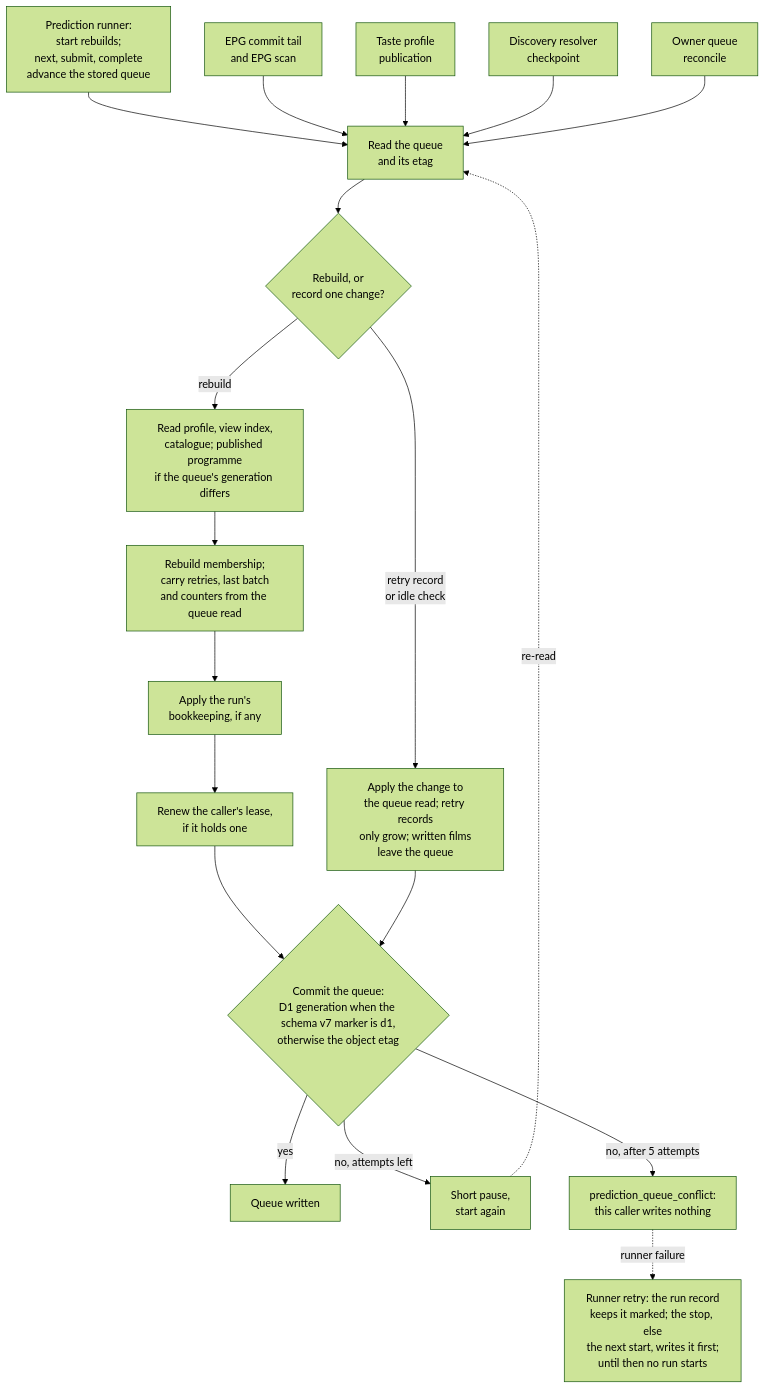
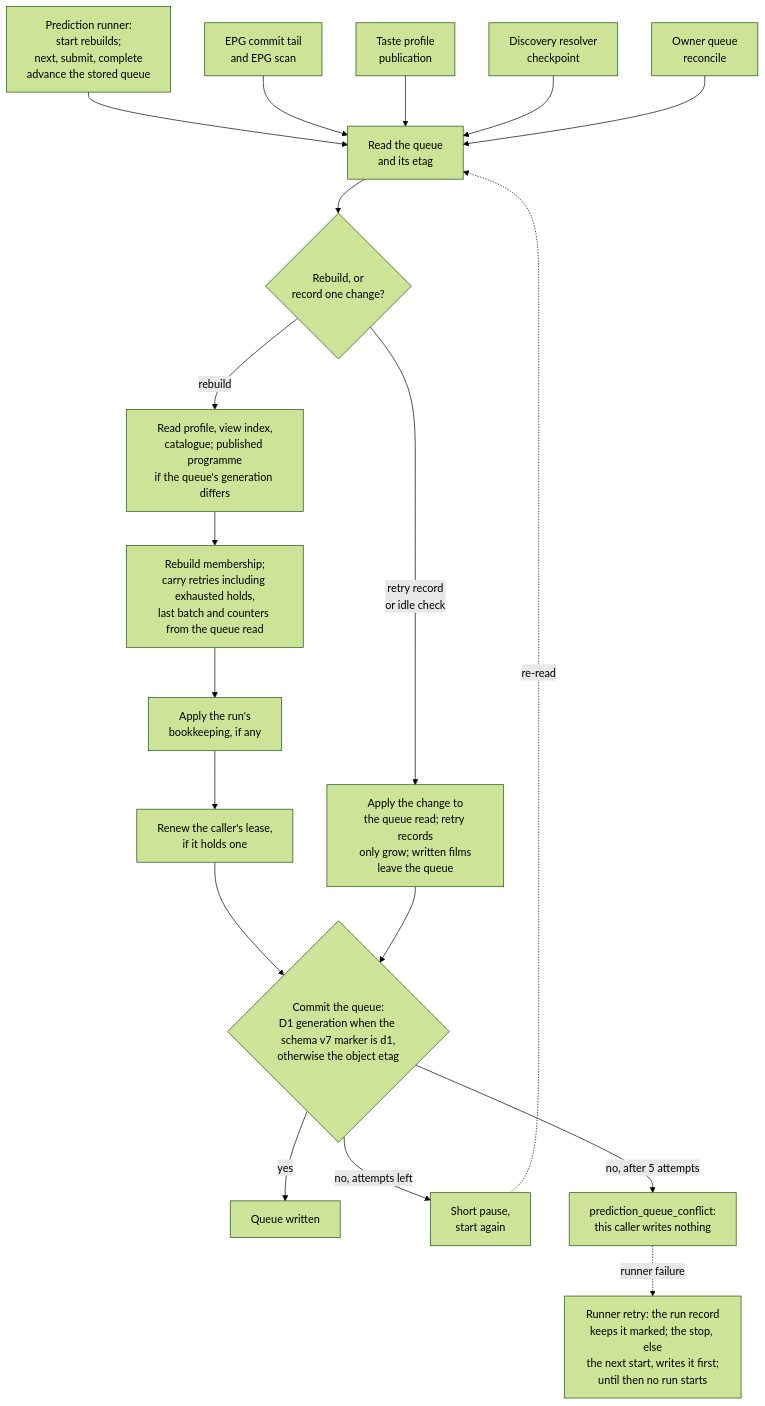
The third of 3 diagrams in docs/architecture/prediction-pipeline.md (vladimino/iptv-watchlist), drawn with Mermaid (forest theme) before and after one commit. The commit also changed other lines of this file and 24 other files, not shown here.

````diff
--- a/docs/architecture/prediction-pipeline.md
+++ b/docs/architecture/prediction-pipeline.md
@@ -153,38 +156,38 @@
 ```mermaid
 flowchart TD
     runner["Prediction runner:<br/>start rebuilds;<br/>next, submit, complete<br/>advance the stored queue"]
     epg["EPG commit tail<br/>and EPG scan"]
     profile["Taste profile<br/>publication"]
     resolver["Discovery resolver<br/>checkpoint"]
     reconcile["Owner queue<br/>reconcile"]
     read["Read the queue<br/>and its etag"]
     kind{"Rebuild, or<br/>record one change?"}
     inputs["Read profile, view index,<br/>catalogue; published programme<br/>if the queue's generation differs"]
-    build["Rebuild membership;<br/>carry retries, last batch<br/>and counters from the queue read"]
+    build["Rebuild membership;<br/>carry retries including exhausted holds,<br/>last batch and counters from the queue read"]
     amend["Apply the run's<br/>bookkeeping, if any"]
     change["Apply the change to<br/>the queue read; retry records<br/>only grow; written films<br/>leave the queue"]
     fence["Renew the caller's lease,<br/>if it holds one"]
     put{"Commit the queue:<br/>D1 generation when the schema v7 marker is d1,<br/>otherwise the object etag"}
     done["Queue written"]
     again["Short pause,<br/>start again"]
     conflict["prediction_queue_conflict:<br/>this caller writes nothing"]
     marked["Runner retry: the run record<br/>keeps it marked; the stop, else<br/>the next start, writes it first;<br/>until then no run starts"]
     runner --> read
     epg --> read
     profile --> read
     resolver --> read
     reconcile --> read
     read --> kind
     kind -->|rebuild| inputs
     inputs --> build
     build --> amend
     amend --> fence
     fence --> put
     kind -->|retry record<br/>or idle check| change
     change --> put
     put -->|yes| done
     put -->|no, attempts left| again
     again -.->|re-read| read
     put -->|no, after 5 attempts| conflict
     conflict -.->|runner failure| marked
 ```
````
